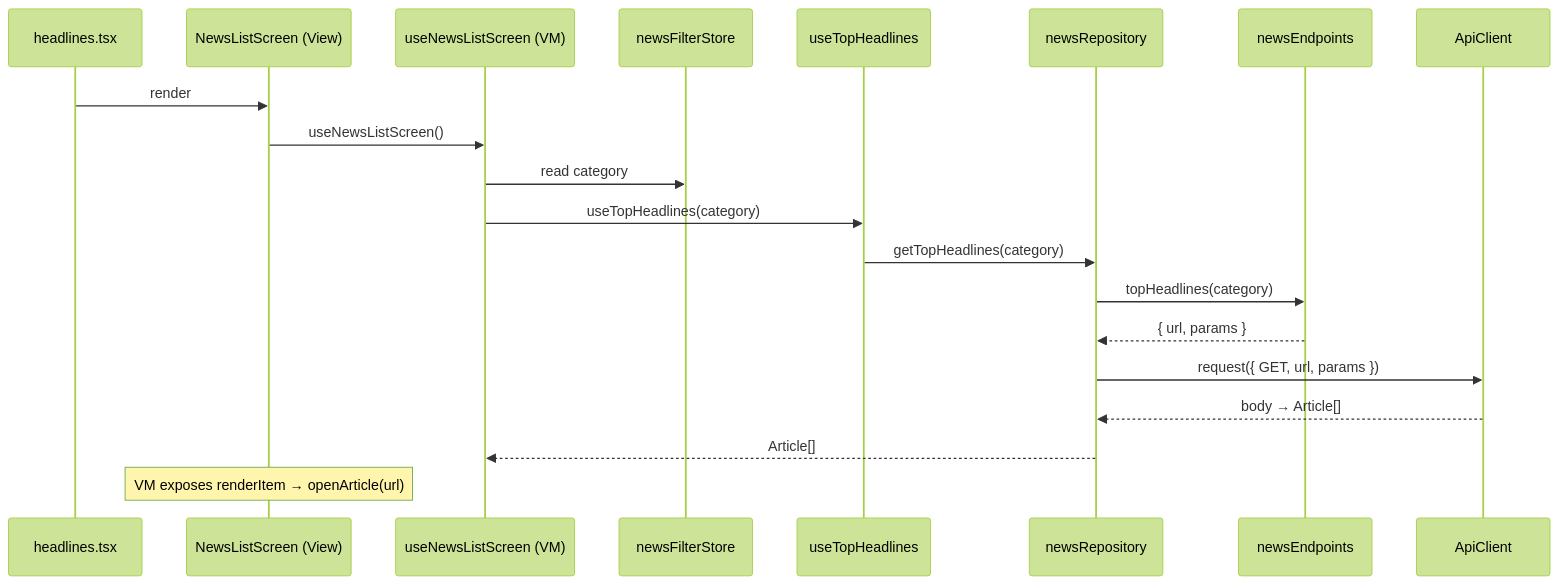
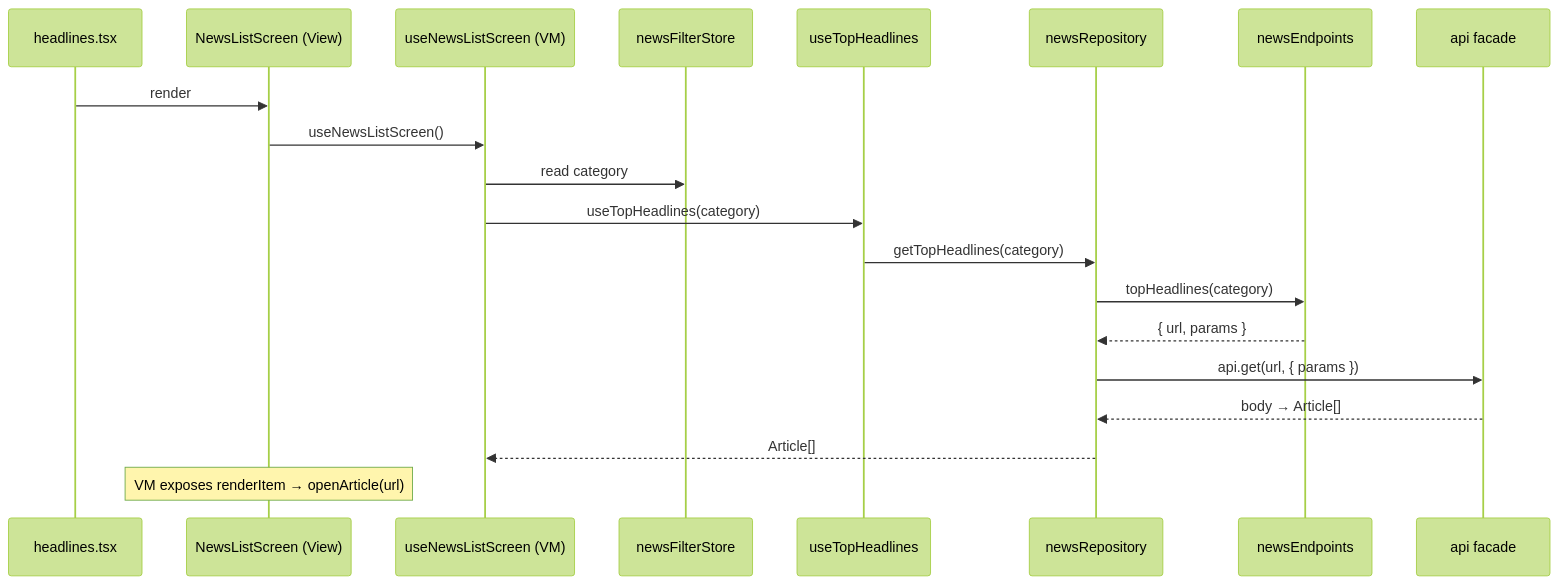
One commit to dev-mahmoud-elshenawy/opticore-news-demo changed the fourth of 12 diagrams in ORIENTATION.md. Above: the diagram before and after it, drawn with Mermaid (forest theme). The commit also changed other lines of this file and 1 other file, not shown here.

First line of the commit message:
docs: update architecture guide for facades + settings feature

````diff
--- a/ORIENTATION.md
+++ b/ORIENTATION.md
@@ -69,22 +70,22 @@
 ```mermaid
 sequenceDiagram
     participant Rt as headlines.tsx
     participant Sc as NewsListScreen (View)
     participant VM as useNewsListScreen (VM)
     participant Z as newsFilterStore
     participant H as useTopHeadlines
     participant Repo as newsRepository
     participant E as newsEndpoints
-    participant AC as ApiClient
+    participant AC as api facade
     Rt->>Sc: render
     Sc->>VM: useNewsListScreen()
     VM->>Z: read category
     VM->>H: useTopHeadlines(category)
     H->>Repo: getTopHeadlines(category)
     Repo->>E: topHeadlines(category)
     E-->>Repo: { url, params }
-    Repo->>AC: request({ GET, url, params })
+    Repo->>AC: api.get(url, { params })
     AC-->>Repo: body → Article[]
     Repo-->>VM: Article[]
     Note over Sc: VM exposes renderItem → openArticle(url)
 ```
````
